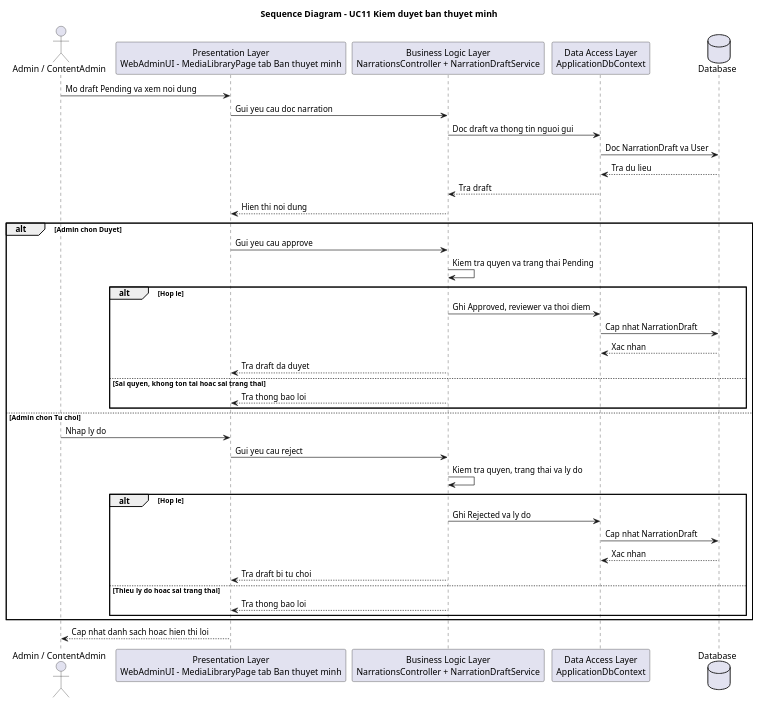
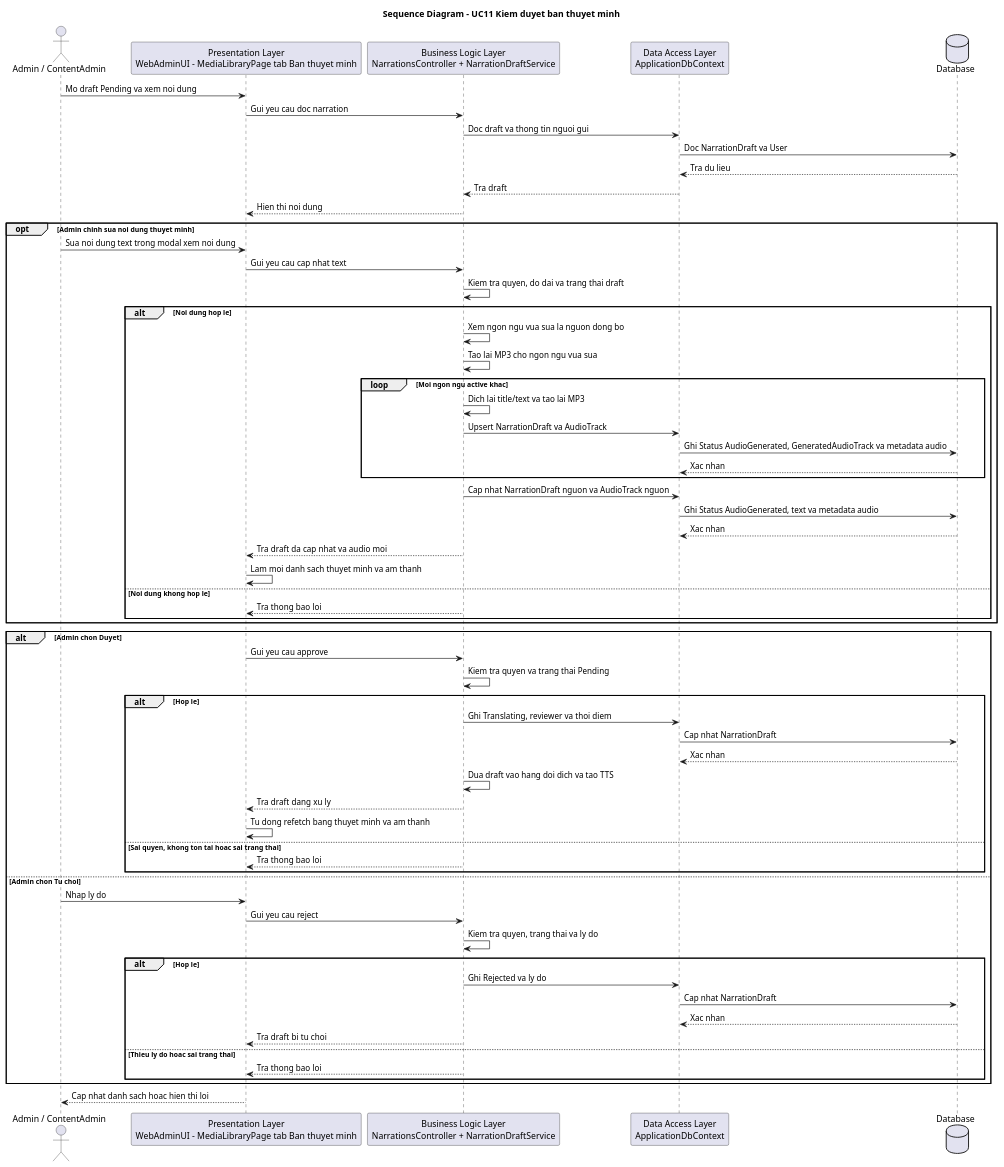
One commit to HPhuc122/VinhHy.AudioTour changed the diagram in docs/plantuml/sequence/UC11_kiem_duyet_ban_thuyet_minh_sequence.puml. Above: the diagram before and after it, drawn with PlantUML. The commit also changed 29 other files, not shown here.

```diff
--- a/docs/plantuml/sequence/UC11_kiem_duyet_ban_thuyet_minh_sequence.puml
+++ b/docs/plantuml/sequence/UC11_kiem_duyet_ban_thuyet_minh_sequence.puml
@@ -1,43 +1,68 @@
 @startuml
 title Sequence Diagram - UC11 Kiem duyet ban thuyet minh
 
 actor "Admin / ContentAdmin" as Actor
 participant "Presentation Layer\nWebAdminUI - MediaLibraryPage tab Ban thuyet minh" as UI
 participant "Business Logic Layer\nNarrationsController + NarrationDraftService" as Business
 participant "Data Access Layer\nApplicationDbContext" as DataAccess
 database "Database" as Database
 
 Actor -> UI: Mo draft Pending va xem noi dung
 UI -> Business: Gui yeu cau doc narration
 Business -> DataAccess: Doc draft va thong tin nguoi gui
 DataAccess -> Database: Doc NarrationDraft va User
 Database --> DataAccess: Tra du lieu
 DataAccess --> Business: Tra draft
 Business --> UI: Hien thi noi dung
 
+opt Admin chinh sua noi dung thuyet minh
+  Actor -> UI: Sua noi dung text trong modal xem noi dung
+  UI -> Business: Gui yeu cau cap nhat text
+  Business -> Business: Kiem tra quyen, do dai va trang thai draft
+  alt Noi dung hop le
+    Business -> Business: Xem ngon ngu vua sua la nguon dong bo
+    Business -> Business: Tao lai MP3 cho ngon ngu vua sua
+    loop Moi ngon ngu active khac
+      Business -> Business: Dich lai title/text va tao lai MP3
+      Business -> DataAccess: Upsert NarrationDraft va AudioTrack
+      DataAccess -> Database: Ghi Status AudioGenerated, GeneratedAudioTrack va metadata audio
+      Database --> DataAccess: Xac nhan
+    end
+    Business -> DataAccess: Cap nhat NarrationDraft nguon va AudioTrack nguon
+    DataAccess -> Database: Ghi Status AudioGenerated, text va metadata audio
+    Database --> DataAccess: Xac nhan
+    Business --> UI: Tra draft da cap nhat va audio moi
+    UI -> UI: Lam moi danh sach thuyet minh va am thanh
+  else Noi dung khong hop le
+    Business --> UI: Tra thong bao loi
+  end
+end
+
 alt Admin chon Duyet
   UI -> Business: Gui yeu cau approve
   Business -> Business: Kiem tra quyen va trang thai Pending
   alt Hop le
-    Business -> DataAccess: Ghi Approved, reviewer va thoi diem
+    Business -> DataAccess: Ghi Translating, reviewer va thoi diem
     DataAccess -> Database: Cap nhat NarrationDraft
     Database --> DataAccess: Xac nhan
-    Business --> UI: Tra draft da duyet
+    Business -> Business: Dua draft vao hang doi dich va tao TTS
+    Business --> UI: Tra draft dang xu ly
+    UI -> UI: Tu dong refetch bang thuyet minh va am thanh
   else Sai quyen, khong ton tai hoac sai trang thai
     Business --> UI: Tra thong bao loi
   end
 else Admin chon Tu choi
   Actor -> UI: Nhap ly do
   UI -> Business: Gui yeu cau reject
   Business -> Business: Kiem tra quyen, trang thai va ly do
   alt Hop le
     Business -> DataAccess: Ghi Rejected va ly do
     DataAccess -> Database: Cap nhat NarrationDraft
     Database --> DataAccess: Xac nhan
     Business --> UI: Tra draft bi tu choi
   else Thieu ly do hoac sai trang thai
     Business --> UI: Tra thong bao loi
   end
 end
 UI --> Actor: Cap nhat danh sach hoac hien thi loi
 @enduml
```
